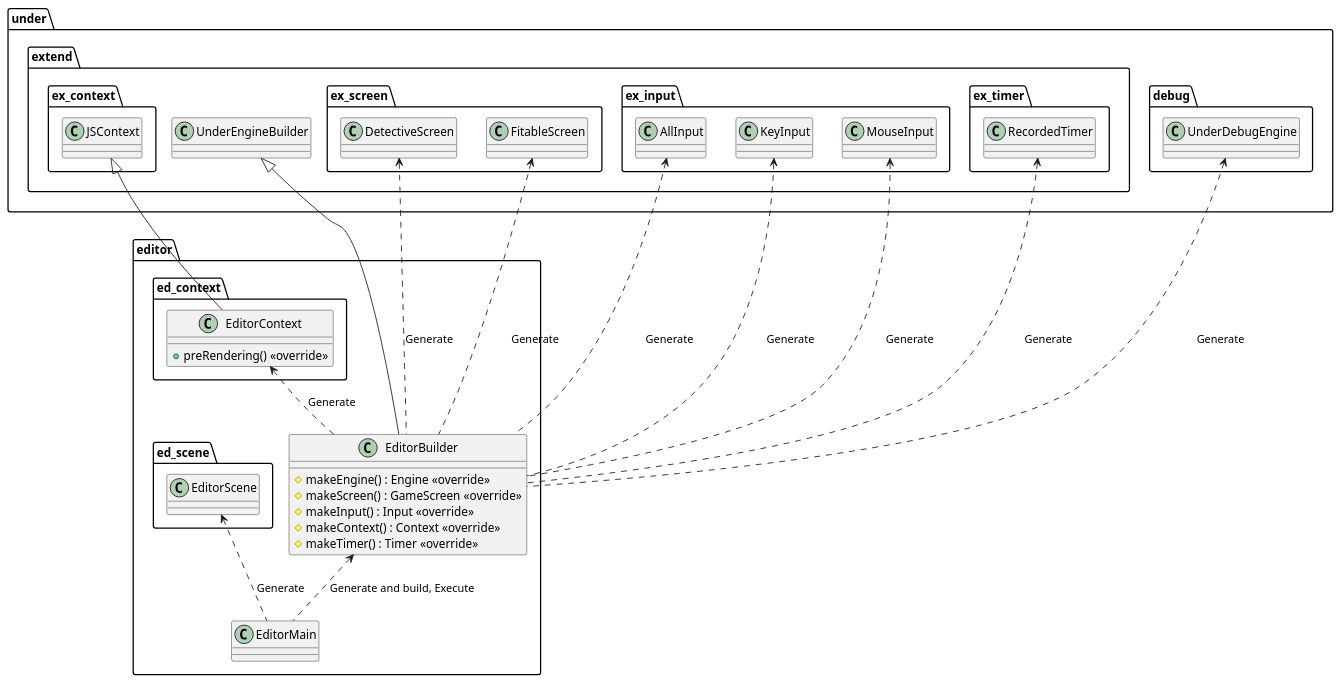
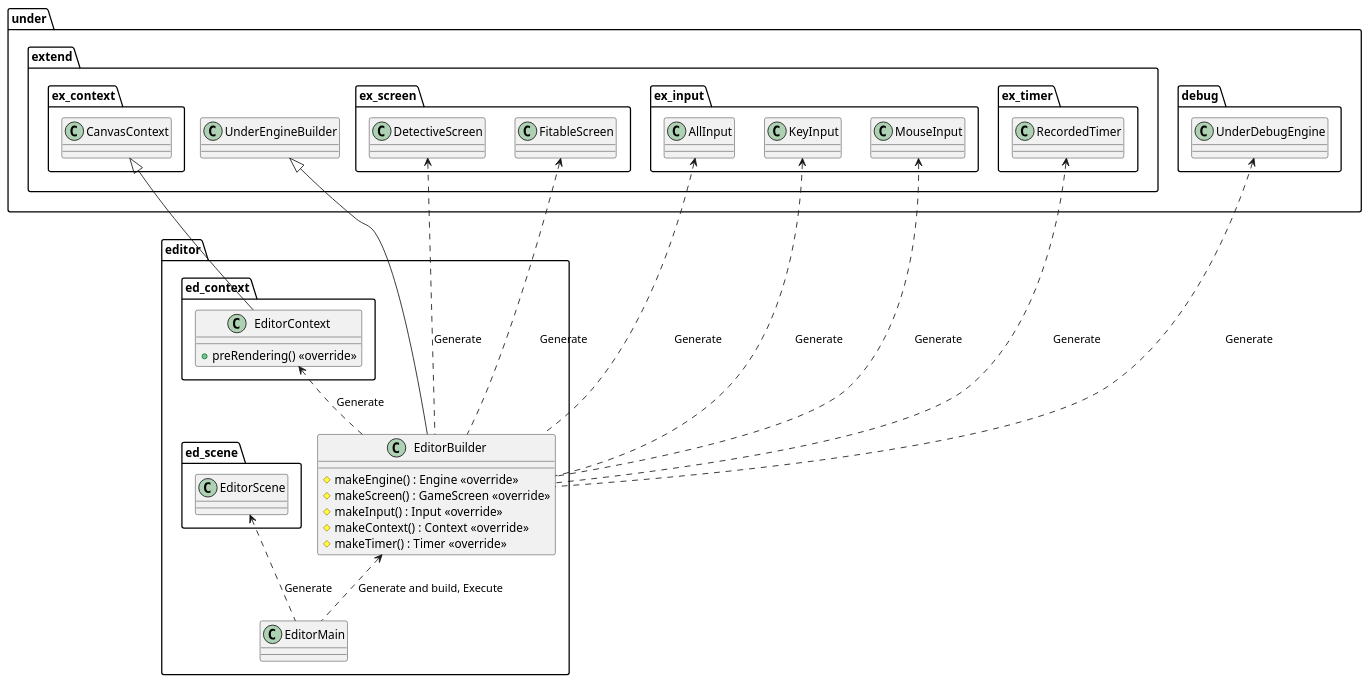
The diagram in uml/editor/GameBase.wsd (Expine/Under), drawn with PlantUML before and after one commit. The commit also changed 25 other files, not shown here.

```diff
--- a/uml/editor/GameBase.wsd
+++ b/uml/editor/GameBase.wsd
@@ -1,65 +1,65 @@
 @startuml EditorGameBase
 
 package editor {
     class EditorMain
     class EditorBuilder {
         #makeEngine() : Engine <<override>>
         #makeScreen() : GameScreen <<override>>
         #makeInput() : Input <<override>>
         #makeContext() : Context <<override>>
         #makeTimer() : Timer <<override>>
     }
 
     package ed_context {
         class EditorContext {
             +preRendering() <<override>>
         }
     }
 }
 
 package under {
     package extend {
         class UnderEngineBuilder
         package ex_context {
-            class JSContext
+            class CanvasContext
         }
         package ex_screen {
             class DetectiveScreen
             class FitableScreen
         }
         package ex_input {
             class AllInput
             class KeyInput
             class MouseInput
         }
         package ex_timer {
             class RecordedTimer
         }
     }
     package debug {
         class UnderDebugEngine
     }
 }
 
 package editor {
     package ed_scene {
         class EditorScene
     }
 }
 
 EditorBuilder <.. EditorMain : Generate and build, Execute
 EditorScene <.. EditorMain : Generate
 
 UnderDebugEngine <.. EditorBuilder : Generate
 DetectiveScreen <.. EditorBuilder : Generate
 FitableScreen <.. EditorBuilder : Generate
 EditorContext <.. EditorBuilder : Generate
 AllInput <.. EditorBuilder : Generate
 KeyInput <.. EditorBuilder : Generate
 MouseInput <.. EditorBuilder : Generate
 RecordedTimer <.. EditorBuilder : Generate
 
 UnderEngineBuilder <|--- EditorBuilder
-JSContext <|-- EditorContext
+CanvasContext <|-- EditorContext
 
 @enduml
```
